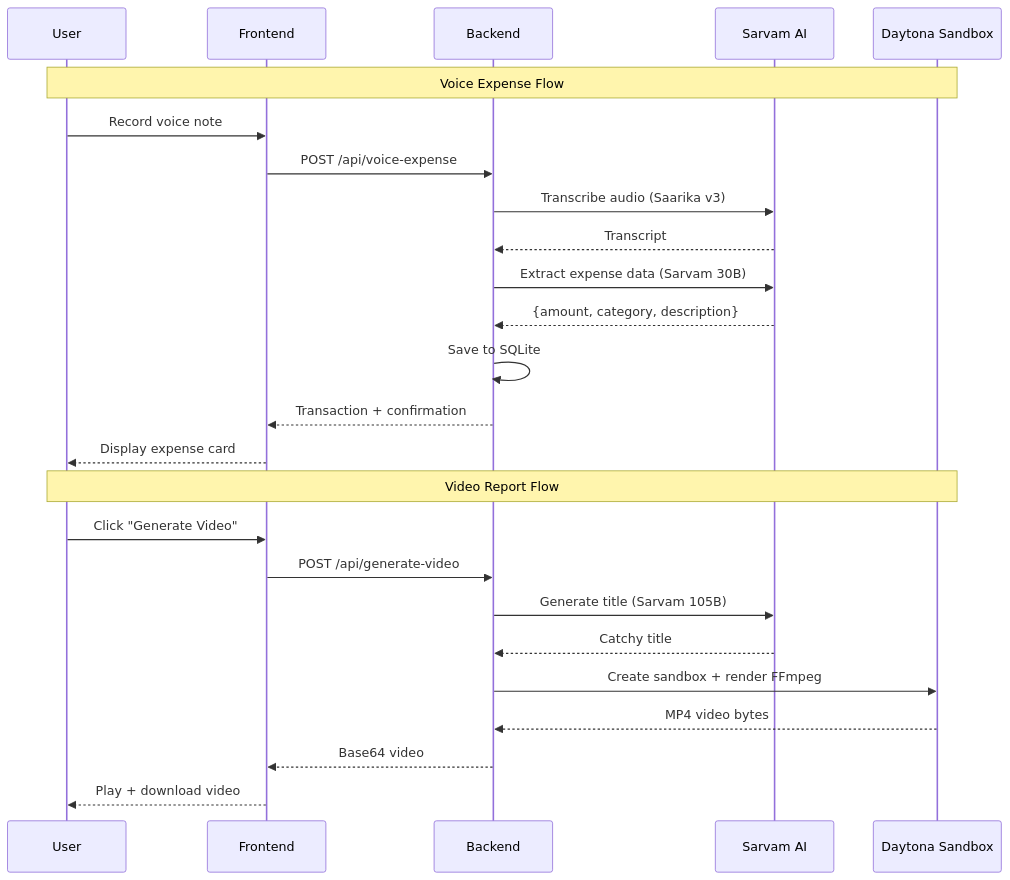
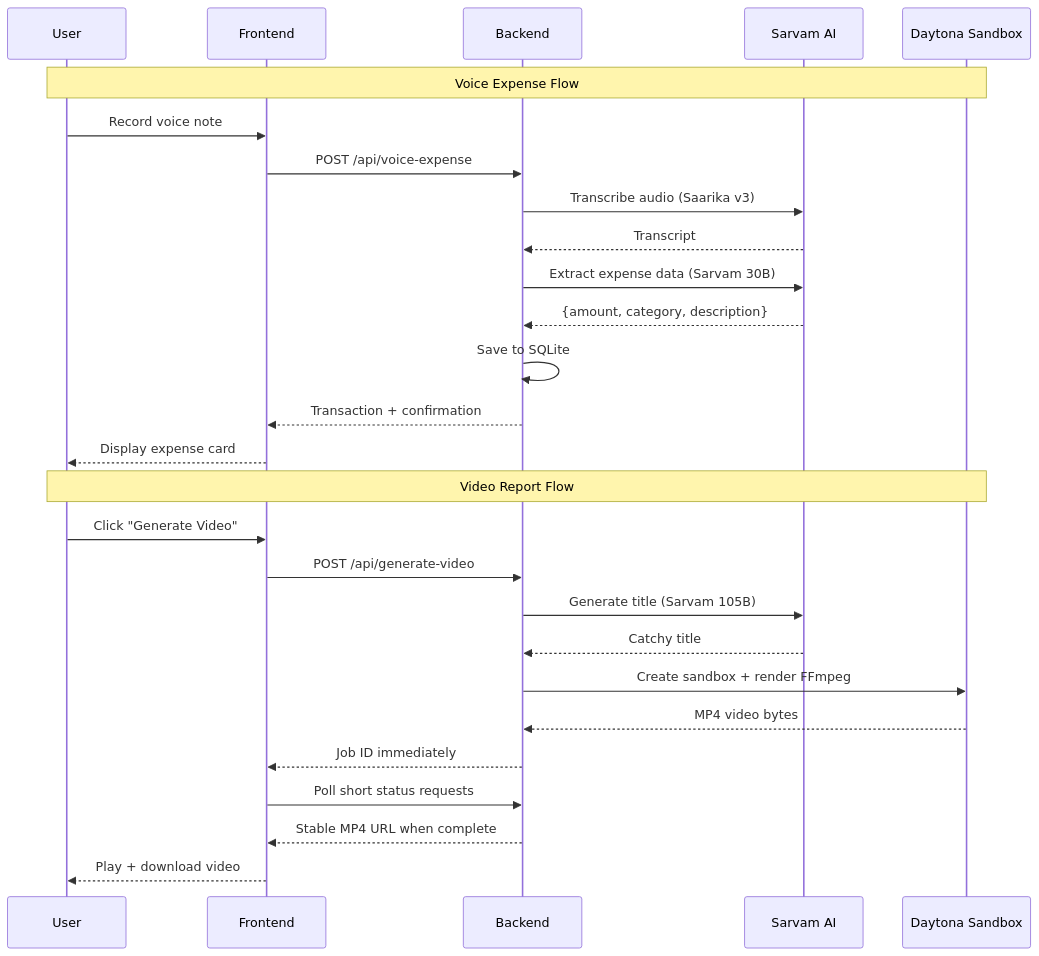
Before and after one commit to perfect7613/hisabvani: the second of 2 diagrams in README.md, drawn with Mermaid. The commit also changed other lines of this file and 18 other files, not shown here.

````diff
--- a/README.md
+++ b/README.md
@@ -60,29 +60,31 @@
 ```mermaid
 sequenceDiagram
     participant U as User
     participant F as Frontend
     participant B as Backend
     participant S as Sarvam AI
     participant D as Daytona Sandbox
 
     Note over U,D: Voice Expense Flow
     U->>F: Record voice note
     F->>B: POST /api/voice-expense
     B->>S: Transcribe audio (Saarika v3)
     S-->>B: Transcript
     B->>S: Extract expense data (Sarvam 30B)
     S-->>B: {amount, category, description}
     B->>B: Save to SQLite
     B-->>F: Transaction + confirmation
     F-->>U: Display expense card
 
     Note over U,D: Video Report Flow
     U->>F: Click "Generate Video"
     F->>B: POST /api/generate-video
     B->>S: Generate title (Sarvam 105B)
     S-->>B: Catchy title
     B->>D: Create sandbox + render FFmpeg
     D-->>B: MP4 video bytes
-    B-->>F: Base64 video
+    B-->>F: Job ID immediately
+    F->>B: Poll short status requests
+    B-->>F: Stable MP4 URL when complete
     F-->>U: Play + download video
 ```
````
